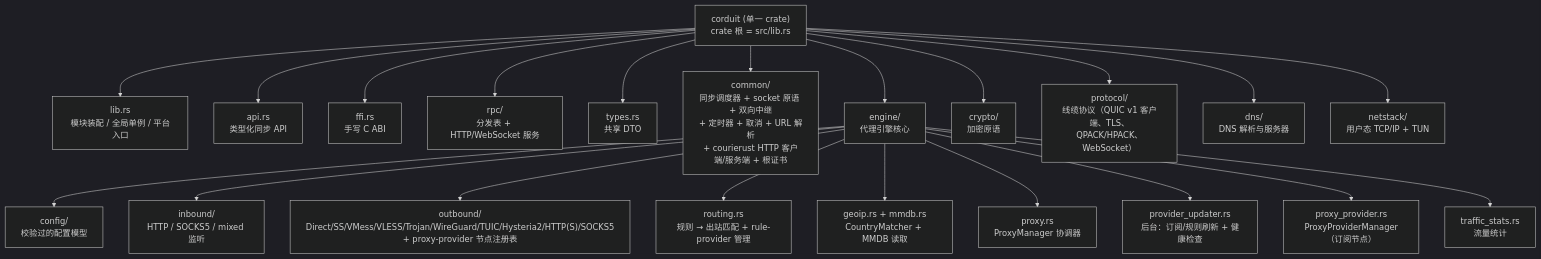
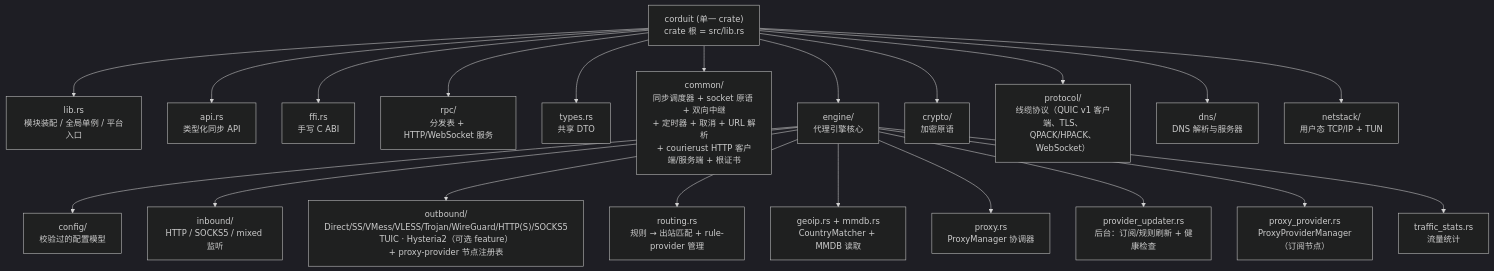
The first of 6 diagrams in wiki/Architecture.md (blueokanna/Corduit), drawn with Mermaid (dark theme) before and after one commit. The commit also changed other lines of this file and 22 other files, not shown here.

````diff
--- a/wiki/Architecture.md
+++ b/wiki/Architecture.md
@@ -7,26 +7,26 @@
 ```mermaid
 flowchart TB
     ROOT["corduit (单一 crate)<br/>crate 根 = src/lib.rs"]
 
     ROOT --> LIB["lib.rs<br/>模块装配 / 全局单例 / 平台入口"]
     ROOT --> API["api.rs<br/>类型化同步 API"]
     ROOT --> FFI["ffi.rs<br/>手写 C ABI"]
     ROOT --> RPC["rpc/<br/>分发表 + HTTP/WebSocket 服务"]
     ROOT --> TYPES["types.rs<br/>共享 DTO"]
     ROOT --> COMMON["common/<br/>同步调度器 + socket 原语 + 双向中继<br/>+ 定时器 + 取消 + URL 解析<br/>+ courierust HTTP 客户端/服务端 + 根证书"]
     ROOT --> ENGINE["engine/<br/>代理引擎核心"]
     ROOT --> CRYPTO["crypto/<br/>加密原语"]
     ROOT --> PROTOCOL["protocol/<br/>线缆协议（QUIC v1 客户端、TLS、QPACK/HPACK、WebSocket）"]
     ROOT --> DNS["dns/<br/>DNS 解析与服务器"]
     ROOT --> NETSTACK["netstack/<br/>用户态 TCP/IP + TUN"]
 
     ENGINE --> EC["config/<br/>校验过的配置模型"]
     ENGINE --> EI["inbound/<br/>HTTP / SOCKS5 / mixed 监听"]
-    ENGINE --> EO["outbound/<br/>Direct/SS/VMess/VLESS/Trojan/WireGuard/TUIC/Hysteria2/HTTP(S)/SOCKS5<br/>+ proxy-provider 节点注册表"]
+    ENGINE --> EO["outbound/<br/>Direct/SS/VMess/VLESS/Trojan/WireGuard/HTTP(S)/SOCKS5<br/>TUIC · Hysteria2（可选 feature）<br/>+ proxy-provider 节点注册表"]
     ENGINE --> ER["routing.rs<br/>规则 → 出站匹配 + rule-provider 管理"]
     ENGINE --> EG["geoip.rs + mmdb.rs<br/>CountryMatcher + MMDB 读取"]
     ENGINE --> EP["proxy.rs<br/>ProxyManager 协调器"]
     ENGINE --> EU["provider_updater.rs<br/>后台：订阅/规则刷新 + 健康检查"]
     ENGINE --> EPP["proxy_provider.rs<br/>ProxyProviderManager（订阅节点）"]
     ENGINE --> ET["traffic_stats.rs<br/>流量统计"]
 ```
````
